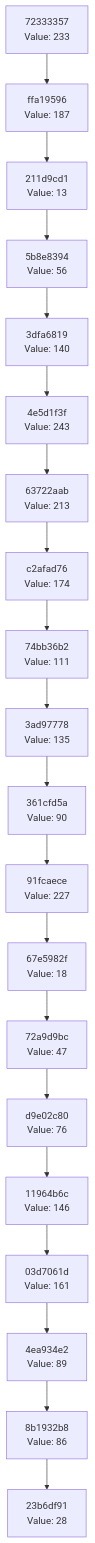
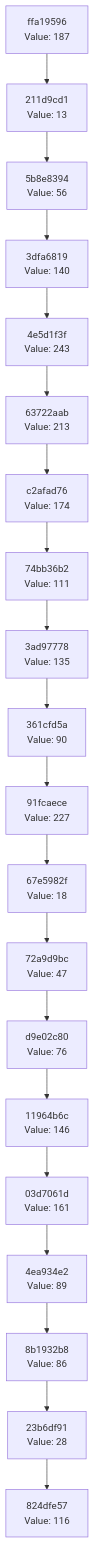
The diagram in docs/CHAIN_VISUALIZATION.md (Abhisheksinha1506/hash-chain-evolver), drawn with Mermaid before and after one commit. The commit also changed 3 other files, not shown here.

````diff
--- a/docs/CHAIN_VISUALIZATION.md
+++ b/docs/CHAIN_VISUALIZATION.md
@@ -3,42 +3,42 @@
 ```mermaid
 graph TD
-    C0["23b6df91<br/>Value: 28"]
-    C1["8b1932b8<br/>Value: 86"]
+    C0["824dfe57<br/>Value: 116"]
+    C1["23b6df91<br/>Value: 28"]
     C1 --> C0
-    C2["4ea934e2<br/>Value: 89"]
+    C2["8b1932b8<br/>Value: 86"]
     C2 --> C1
-    C3["03d7061d<br/>Value: 161"]
+    C3["4ea934e2<br/>Value: 89"]
     C3 --> C2
-    C4["11964b6c<br/>Value: 146"]
+    C4["03d7061d<br/>Value: 161"]
     C4 --> C3
-    C5["d9e02c80<br/>Value: 76"]
+    C5["11964b6c<br/>Value: 146"]
     C5 --> C4
-    C6["72a9d9bc<br/>Value: 47"]
+    C6["d9e02c80<br/>Value: 76"]
     C6 --> C5
-    C7["67e5982f<br/>Value: 18"]
+    C7["72a9d9bc<br/>Value: 47"]
     C7 --> C6
-    C8["91fcaece<br/>Value: 227"]
+    C8["67e5982f<br/>Value: 18"]
     C8 --> C7
-    C9["361cfd5a<br/>Value: 90"]
+    C9["91fcaece<br/>Value: 227"]
     C9 --> C8
-    C10["3ad97778<br/>Value: 135"]
+    C10["361cfd5a<br/>Value: 90"]
     C10 --> C9
-    C11["74bb36b2<br/>Value: 111"]
+    C11["3ad97778<br/>Value: 135"]
     C11 --> C10
-    C12["c2afad76<br/>Value: 174"]
+    C12["74bb36b2<br/>Value: 111"]
     C12 --> C11
-    C13["63722aab<br/>Value: 213"]
+    C13["c2afad76<br/>Value: 174"]
     C13 --> C12
-    C14["4e5d1f3f<br/>Value: 243"]
+    C14["63722aab<br/>Value: 213"]
     C14 --> C13
-    C15["3dfa6819<br/>Value: 140"]
+    C15["4e5d1f3f<br/>Value: 243"]
     C15 --> C14
-    C16["5b8e8394<br/>Value: 56"]
+    C16["3dfa6819<br/>Value: 140"]
     C16 --> C15
-    C17["211d9cd1<br/>Value: 13"]
+    C17["5b8e8394<br/>Value: 56"]
     C17 --> C16
-    C18["ffa19596<br/>Value: 187"]
+    C18["211d9cd1<br/>Value: 13"]
     C18 --> C17
-    C19["72333357<br/>Value: 233"]
+    C19["ffa19596<br/>Value: 187"]
     C19 --> C18
 ```
````
